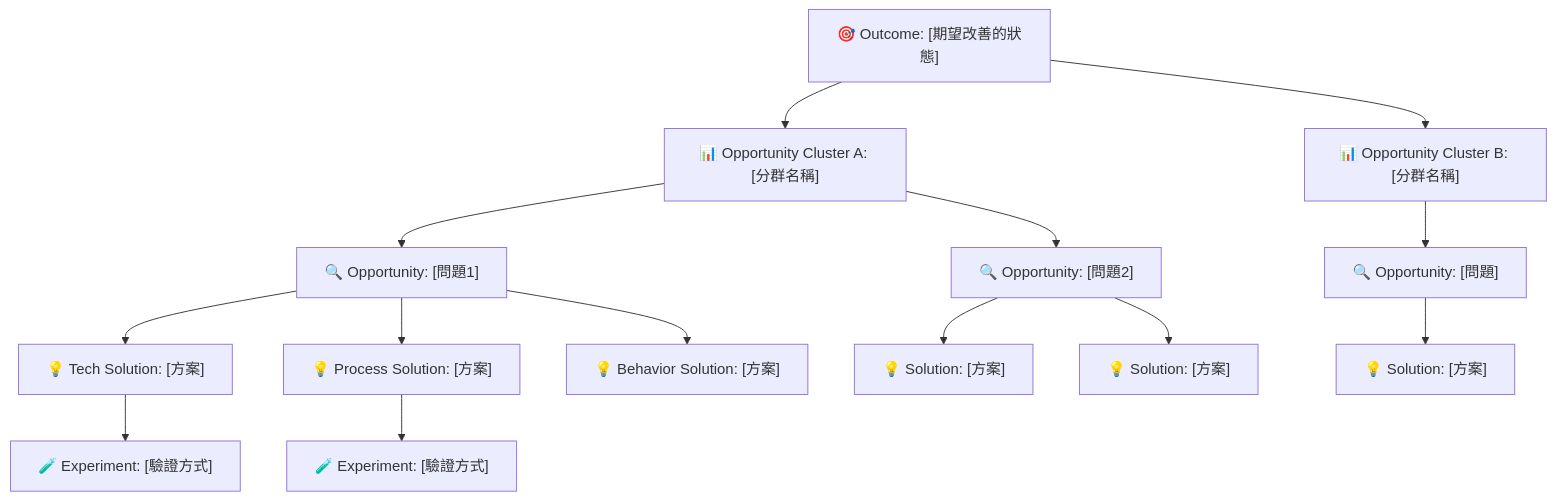
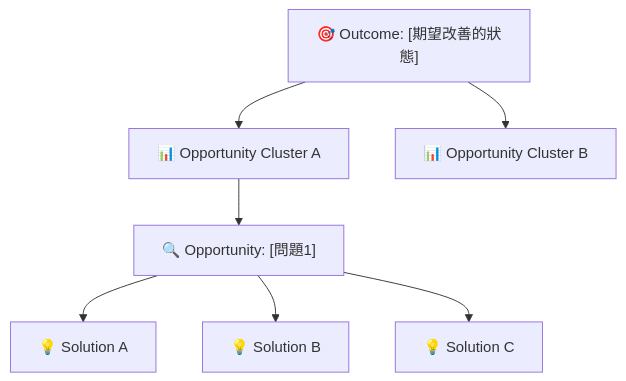
Before and after one commit to prodsence-training/training-pm-ai-flow-20260307: the diagram in docs/template/gemini-gem-PM-2-ost-prompts.md, drawn with Mermaid. The commit also changed other lines of this file, not shown here.

Commit message:
新增 Opportunity Solution Tree（OST）Agent — 通用 Gem 模板

````diff
--- a/docs/template/gemini-gem-PM-2-ost-prompts.md
+++ b/docs/template/gemini-gem-PM-2-ost-prompts.md
@@ -264,23 +338,10 @@
 ```mermaid
 graph TD
     O["🎯 Outcome: [期望改善的狀態]"]
-
-    O --> OC1["📊 Opportunity Cluster A: [分群名稱]"]
-    O --> OC2["📊 Opportunity Cluster B: [分群名稱]"]
-
+    O --> OC1["📊 Opportunity Cluster A"]
+    O --> OC2["📊 Opportunity Cluster B"]
     OC1 --> OP1["🔍 Opportunity: [問題1]"]
-    OC1 --> OP2["🔍 Opportunity: [問題2]"]
-
-    OP1 --> S1["💡 Tech Solution: [方案]"]
-    OP1 --> S2["💡 Process Solution: [方案]"]
-    OP1 --> S3["💡 Behavior Solution: [方案]"]
-
-    OP2 --> S4["💡 Solution: [方案]"]
-    OP2 --> S5["💡 Solution: [方案]"]
-
-    OC2 --> OP3["🔍 Opportunity: [問題]"]
-    OP3 --> S6["💡 Solution: [方案]"]
-
-    S1 --> EX1["🧪 Experiment: [驗證方式]"]
-    S2 --> EX2["🧪 Experiment: [驗證方式]"]
+    OP1 --> S1["💡 Solution A"]
+    OP1 --> S2["💡 Solution B"]
+    OP1 --> S3["💡 Solution C"]
 ```
````
